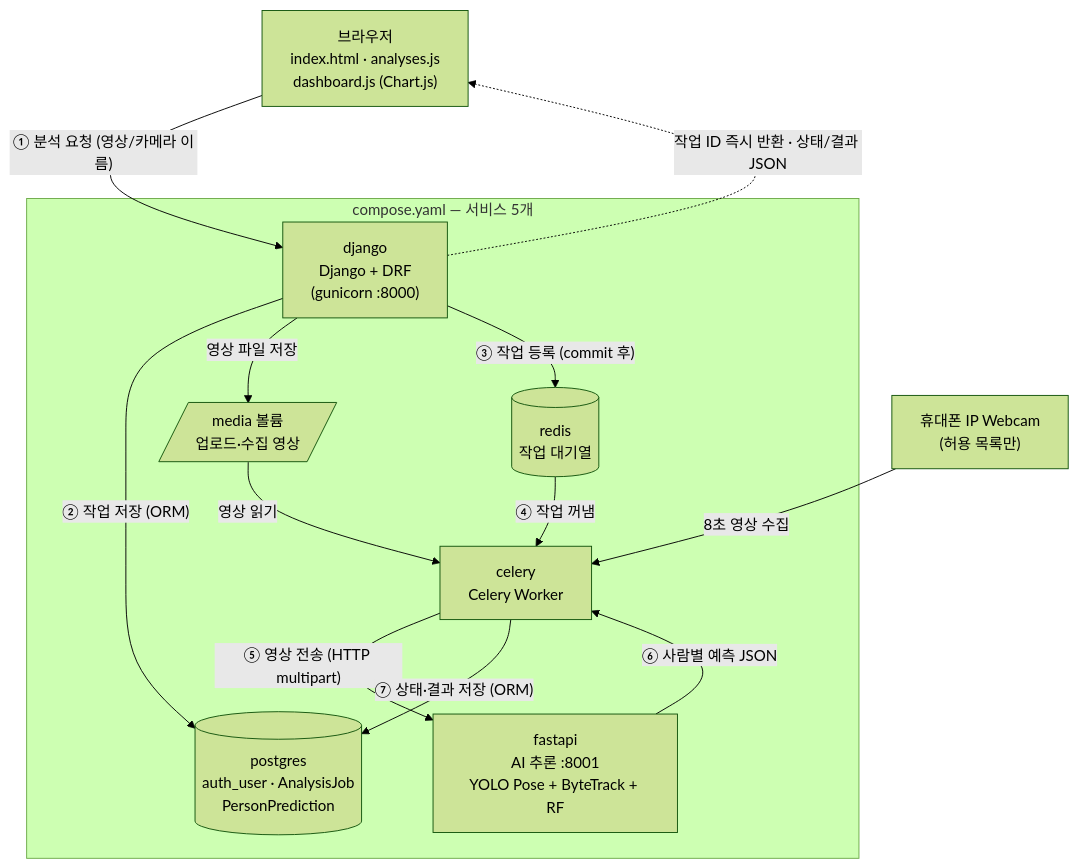
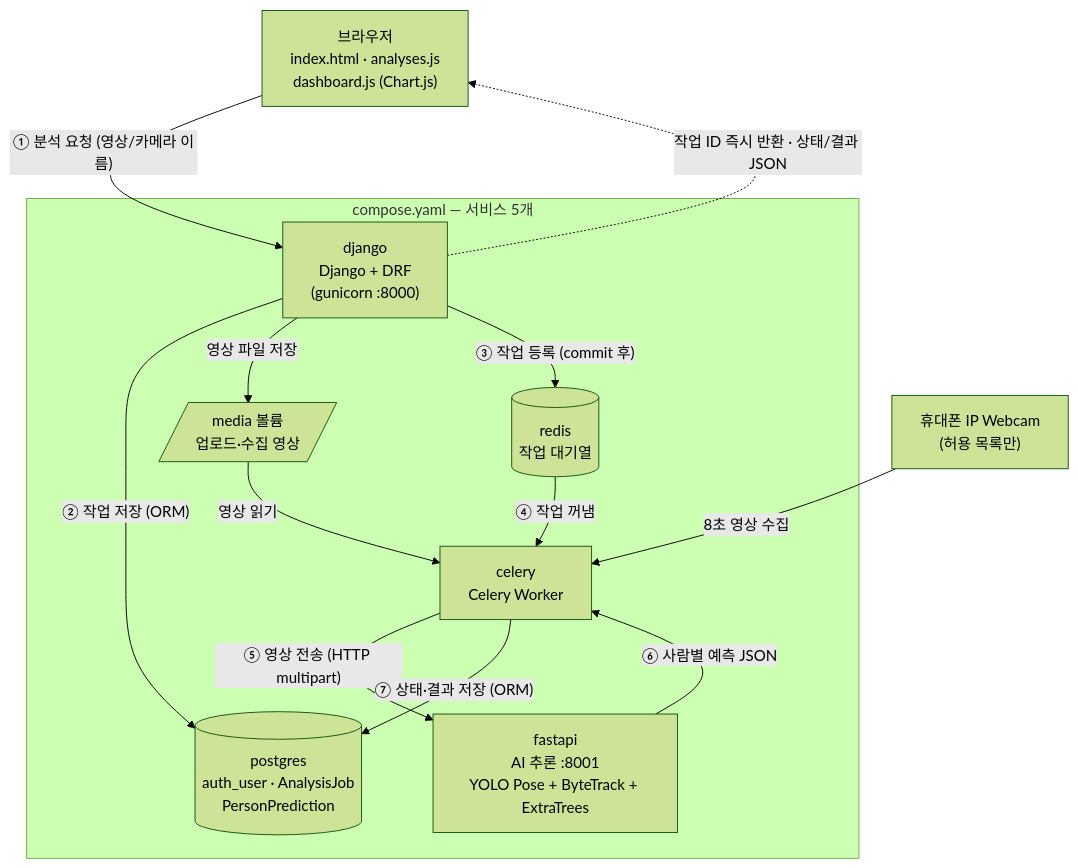
One commit to wlgptjd333/store-anomaly-service changed the first of 3 diagrams in README.md. Above: the diagram before and after it, drawn with Mermaid (forest theme). The commit also changed other lines of this file and 1 other file, not shown here.

Commit message:
모델 교체 스크립트 update_model.sh, README 를 ExtraTrees 모델·T10 재확인·약한 동작으로 갱신

````diff
--- a/README.md
+++ b/README.md
@@ -70,24 +72,24 @@
 ```mermaid
 flowchart TB
     B["브라우저<br/>index.html · analyses.js<br/>dashboard.js (Chart.js)"]
     CAM["휴대폰 IP Webcam<br/>(허용 목록만)"]
     subgraph compose["compose.yaml — 서비스 5개"]
         D["django<br/>Django + DRF<br/>(gunicorn :8000)"]
         R[("redis<br/>작업 대기열")]
         C["celery<br/>Celery Worker"]
-        F["fastapi<br/>AI 추론 :8001<br/>YOLO Pose + ByteTrack + RF"]
+        F["fastapi<br/>AI 추론 :8001<br/>YOLO Pose + ByteTrack + ExtraTrees"]
         P[("postgres<br/>auth_user · AnalysisJob<br/>PersonPrediction")]
         M[/"media 볼륨<br/>업로드·수집 영상"/]
     end
     B -- "① 분석 요청 (영상/카메라 이름)" --> D
     D -- "② 작업 저장 (ORM)" --> P
     D -- "영상 파일 저장" --> M
     D -- "③ 작업 등록 (commit 후)" --> R
     D -. "작업 ID 즉시 반환 · 상태/결과 JSON" .-> B
     R -- "④ 작업 꺼냄" --> C
     CAM -- "8초 영상 수집" --> C
     M -- "영상 읽기" --> C
     C -- "⑤ 영상 전송 (HTTP multipart)" --> F
     F -- "⑥ 사람별 예측 JSON" --> C
     C -- "⑦ 상태·결과 저장 (ORM)" --> P
 ```
````
